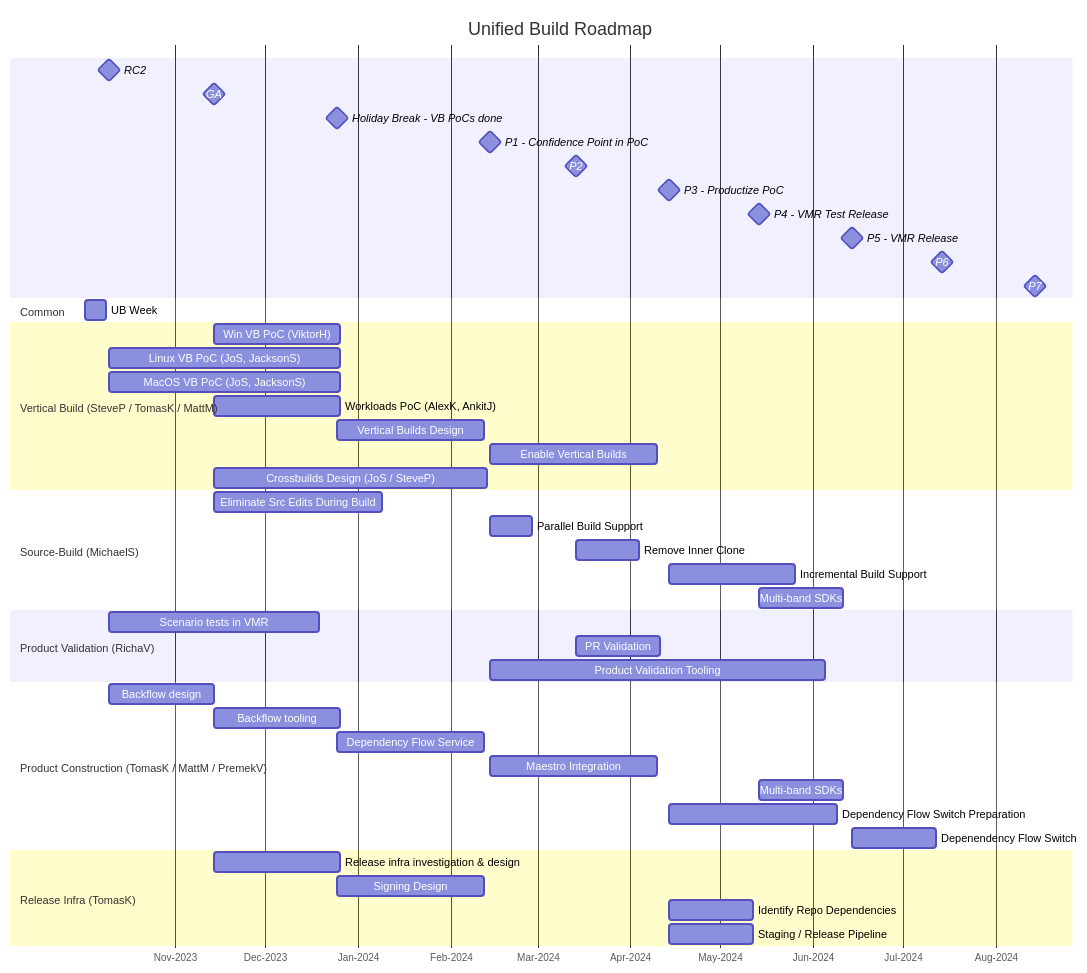
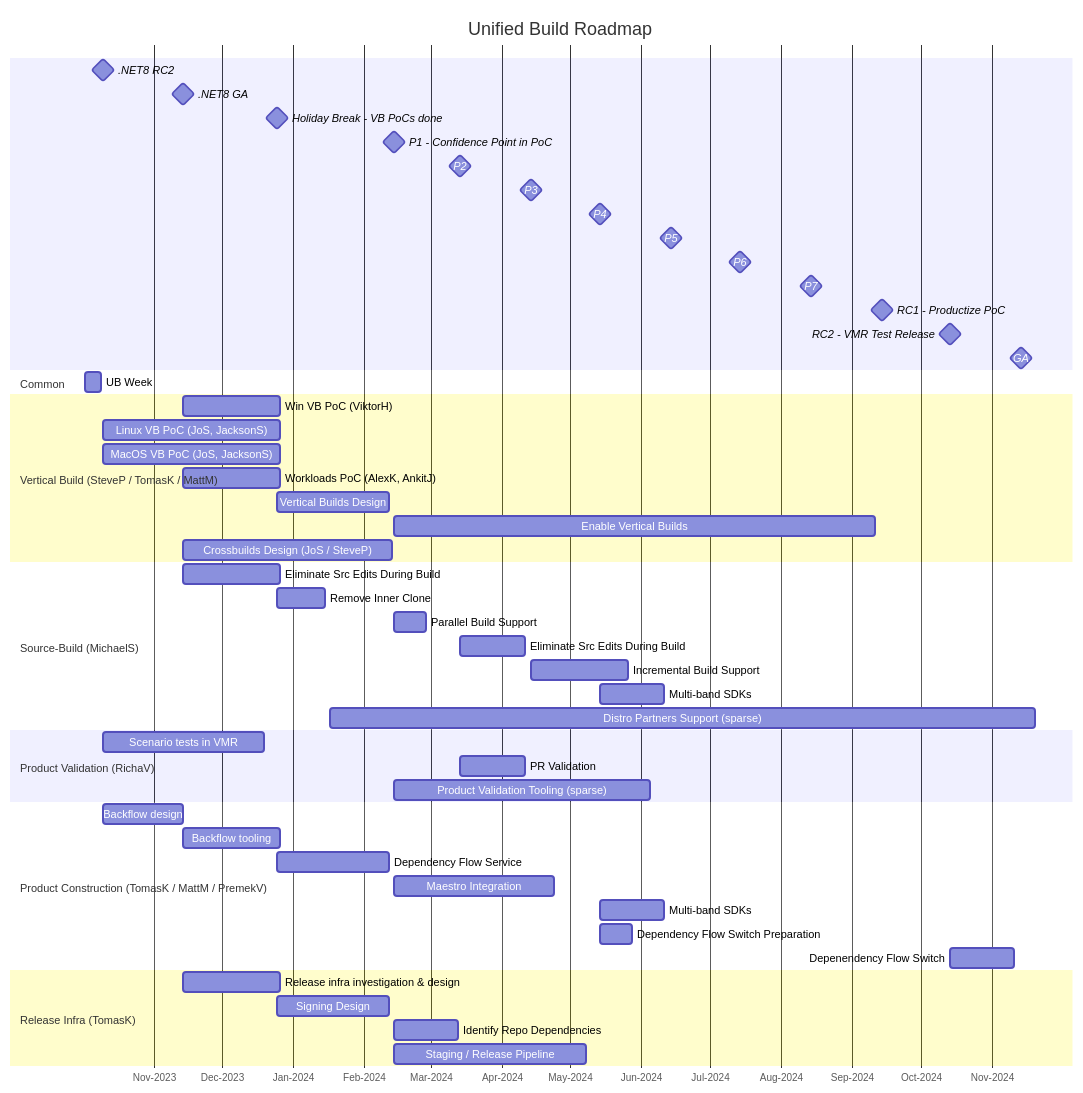
The diagram in src/arcade/Documentation/UnifiedBuild/UB-Roadmap.md (dotnet/dotnet), drawn with Mermaid before and after one commit. The commit also changed other lines of this file and 64 other files, not shown here.

````diff
--- a/src/arcade/Documentation/UnifiedBuild/UB-Roadmap.md
+++ b/src/arcade/Documentation/UnifiedBuild/UB-Roadmap.md
@@ -3,56 +3,62 @@
 ```mermaid
+
 gantt
     title Unified Build Roadmap
     axisFormat %b-%Y
-    RC2: milestone, net8-rc2, 2023-10-10, 0
-    GA: milestone, net8-ga, 2023-11-14, 0
+    .NET8 RC2: milestone, net8-rc2, 2023-10-10, 0
+    .NET8 GA: milestone, net8-ga, 2023-11-14, 0
     Holiday Break - VB PoCs done: milestone, holiday, 2023-12-25, 0
     %% delta between Holiday and P1 is 7w
+    %% the release dates are all 14th so that the task lengths can be expressed in whole weeks and still match the preview points
     P1 - Confidence Point in PoC: milestone, net9-p1, 2024-02-14, 0
     P2: milestone, net9-p2, 2024-03-14, 0
-    P3 - Productize PoC: milestone, net9-p3, 2024-04-14, 0
-    P4 - VMR Test Release: milestone, net9-p4, 2024-05-14, 0
-    P5 - VMR Release: milestone, net9-p5, 2024-06-14, 0
+    P3: milestone, net9-p3, 2024-04-14, 0
+    P4: milestone, net9-p4, 2024-05-14, 0
+    P5: milestone, net9-p5, 2024-06-14, 0
     P6: milestone, net9-p6, 2024-07-14, 0
     P7: milestone, net9-p7, 2024-08-14, 0
- 
+    RC1 - Productize PoC: milestone, net9-rc1, 2024-09-14, 0
+    RC2 - VMR Test Release: milestone, net9-rc2, 2024-10-14, 0
+    GA: milestone, net9-ga, 2024-11-14, 0
+
     section Common
         UB Week: ub-week, 2023-10-02, 1w
 
     section Vertical Build (SteveP / TomasK / MattM)
         Win VB PoC (ViktorH): after net8-ga, 6w
         Linux VB PoC (JoS, JacksonS): after net8-rc2, 11w
         MacOS VB PoC (JoS, JacksonS): after net8-rc2, 11w
         Workloads PoC (AlexK, AnkitJ): after net8-ga, 6w
         Vertical Builds Design: after holiday, 7w
-        Enable Vertical Builds: after net9-p1, 8w
+        Enable Vertical Builds: after net9-p1, 30w
         Crossbuilds Design (JoS / SteveP): after net8-ga, 13w
 
     section Source-Build (MichaelS)
-        Eliminate Src Edits During Build: after net8-ga, 8w
+        Eliminate Src Edits During Build: after net8-ga, 6w
+        Remove Inner Clone: after holiday, 3w
         Parallel Build Support: after net9-p1, 2w
-        Remove Inner Clone: after net9-p2, 3w
+        Eliminate Src Edits During Build: after net9-p2, 4w
         Incremental Build Support: after net9-p3, 6w
         Multi-band SDKs: after net9-p4, 4w
+        Distro Partners Support (sparse): after holidays, 44w
 
     section Product Validation (RichaV)
         Scenario tests in VMR: after net8-rc2, 10w
         PR Validation: after net9-p2, 4w
-        Product Validation Tooling: after net9-p1, 16w
+        Product Validation Tooling (sparse): after net9-p1, 16w
 
     section Product Construction (TomasK / MattM / PremekV)
         Backflow design: after net8-rc2, 5w
         Backflow tooling: after net8-ga, 6w
         Dependency Flow Service: after holiday, 7w
-        Maestro Integration: after net9-p1, 8w
-
+        Maestro Integration: after net9-p1, 10w
         Multi-band SDKs: after net9-p4, 4w
-        Dependency Flow Switch Preparation: after net9-p3, 8w
-        Depenendency Flow Switch: after net9-p5, 4w
+        Dependency Flow Switch Preparation: after net9-p4, 2w
+        Depenendency Flow Switch: after net9-rc2, 4w
 
     section Release Infra (TomasK)
         Release infra investigation & design: after net8-ga, 6w
         Signing Design: after holiday, 7w
-        Identify Repo Dependencies: after net9-p3, 4w
-        Staging / Release Pipeline: after net9-p3, 4w
+        Identify Repo Dependencies: after net9-p1, 4w
+        Staging / Release Pipeline: after net9-p1, 12w
 ```
````
